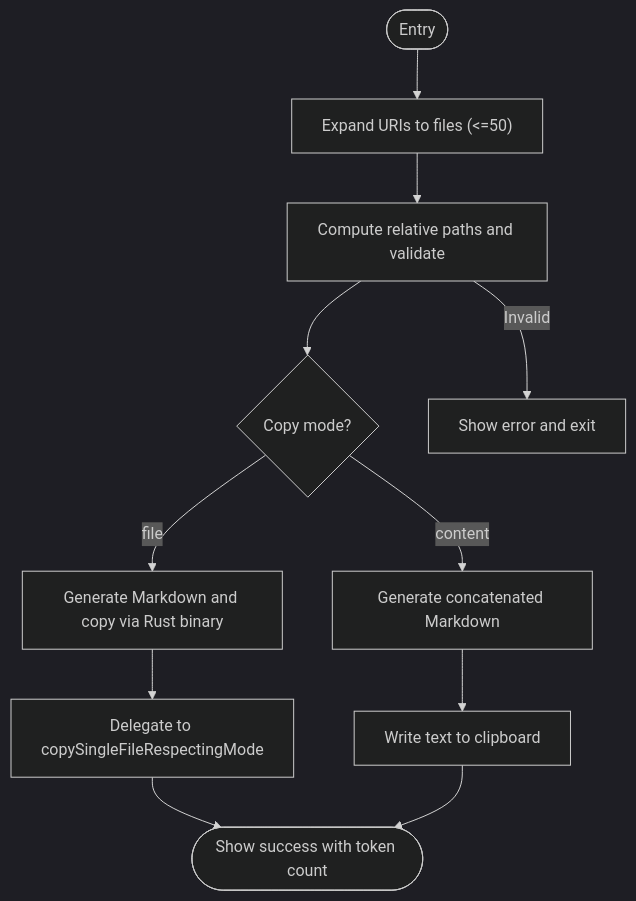
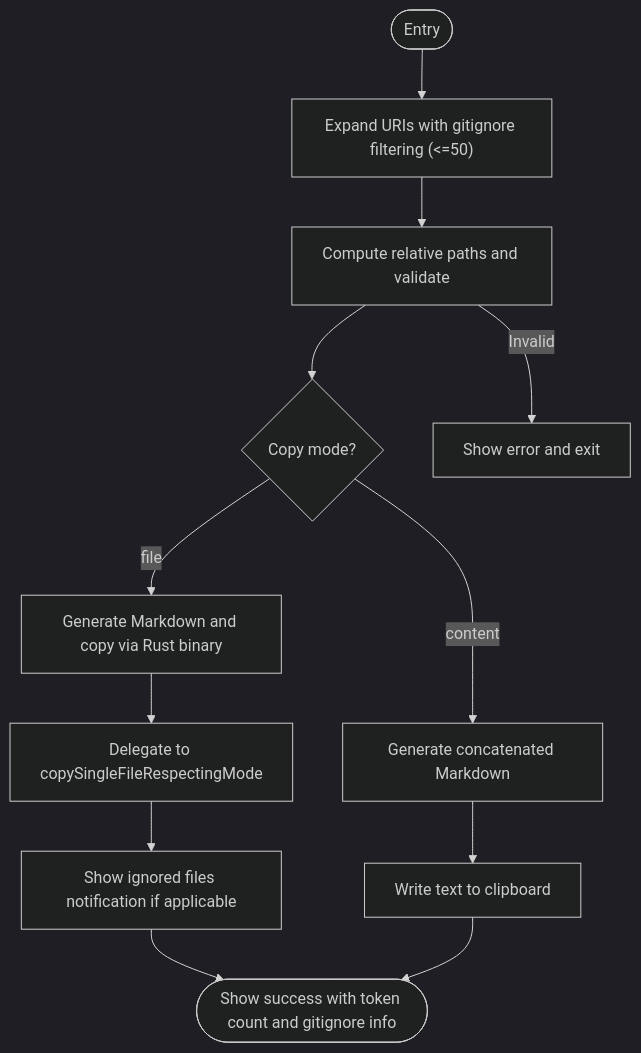
The third of 17 diagrams in .qoder/repowiki/en/content/Command System/Command Handlers/Clipboard Commands.md (bramburn/repomix-runner), drawn with Mermaid (dark theme) before and after one commit. The commit also changed other lines of this file and 41 other files, not shown here.

````diff
--- a/.qoder/repowiki/en/content/Command System/Command Handlers/Clipboard Commands.md
+++ b/.qoder/repowiki/en/content/Command System/Command Handlers/Clipboard Commands.md
@@ -289,13 +320,14 @@
 ```mermaid
 flowchart TD
-Start(["Entry"]) --> Expand["Expand URIs to files (<=50)"]
+Start(["Entry"]) --> Expand["Expand URIs with gitignore filtering (<=50)"]
 Expand --> ValidatePaths["Compute relative paths and validate"]
 ValidatePaths --> Mode{"Copy mode?"}
 Mode --> |content| GenText["Generate concatenated Markdown"]
 GenText --> WriteText["Write text to clipboard"]
 Mode --> |file| GenFile["Generate Markdown and copy via Rust binary"]
 GenFile --> Delegate["Delegate to copySingleFileRespectingMode"]
-Delegate --> Done(["Show success with token count"])
+Delegate --> Notify["Show ignored files notification if applicable"]
+Notify --> Done(["Show success with token count and gitignore info"])
 WriteText --> Done
 ValidatePaths --> |Invalid| ErrMsg["Show error and exit"]
 ```
````
